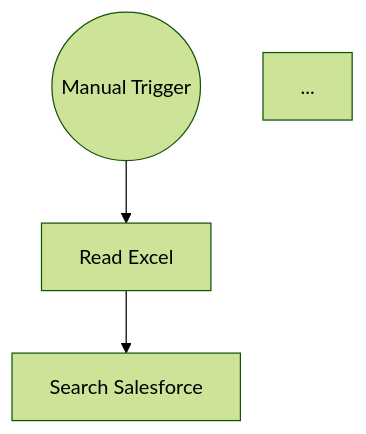
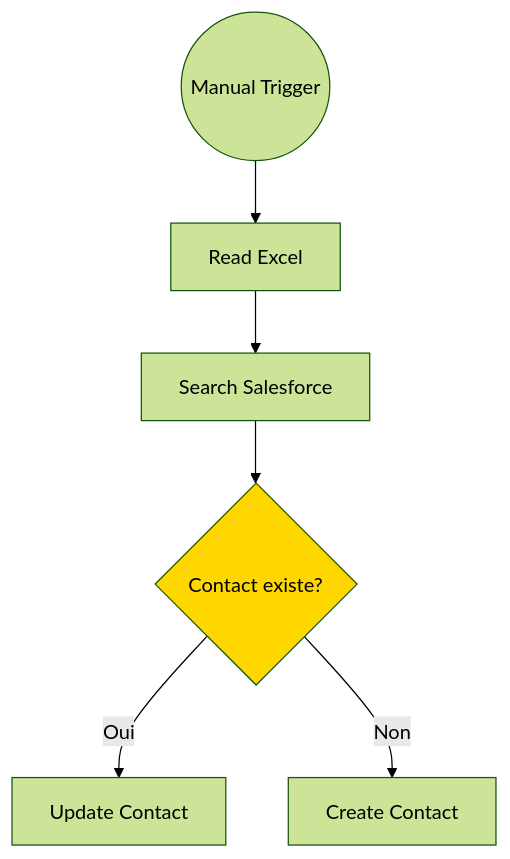
One commit to fsebbah/n8n-workflows changed the diagram in app/PROMPTS.md. Above: the diagram before and after it, drawn with Mermaid (forest theme). The commit also changed other lines of this file and 2 other files, not shown here.

````diff
--- a/app/PROMPTS.md
+++ b/app/PROMPTS.md
@@ -182,6 +281,9 @@
 ```mermaid
 flowchart TD
     A((Manual Trigger)) --> B[Read Excel]
     B --> C[Search Salesforce]
-    ...
+    C --> D{Contact existe?}
+    D -->|Oui| E[Update Contact]
+    D -->|Non| F[Create Contact]
+    style D fill:#ffd700
 ```
````
